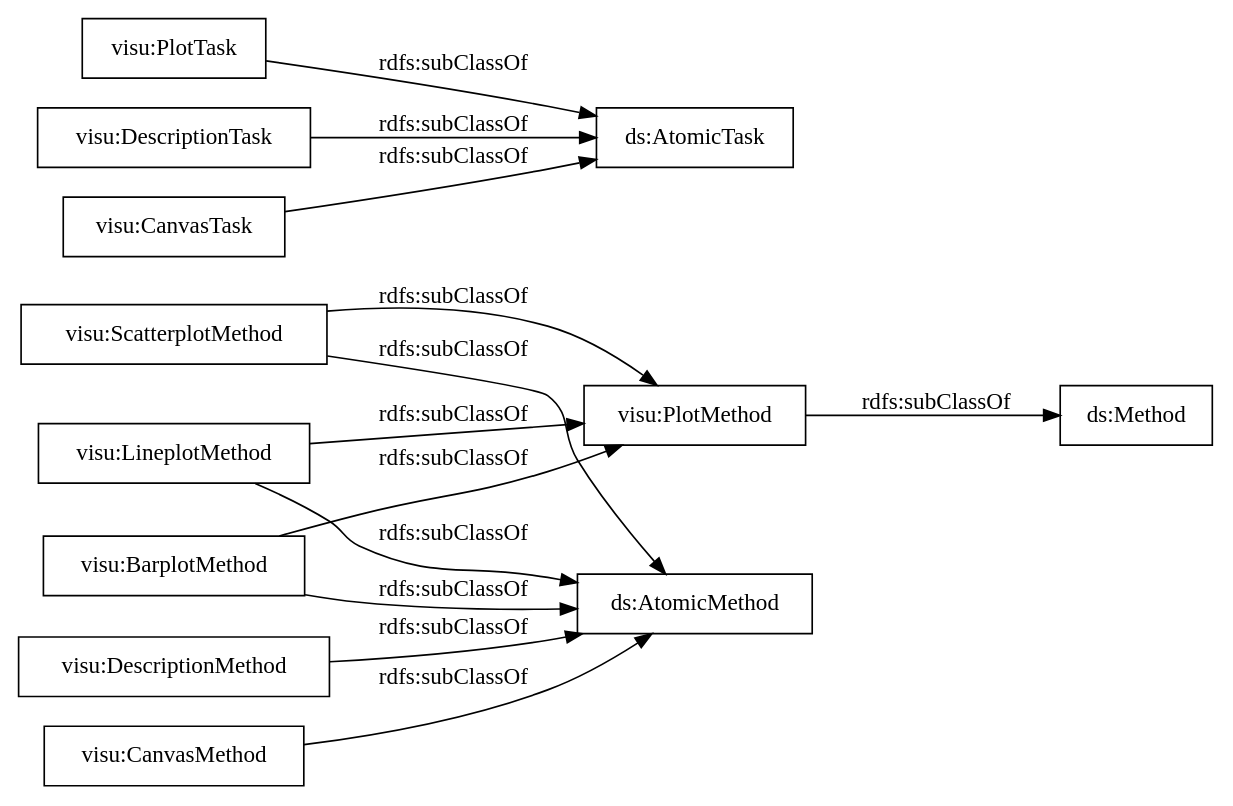
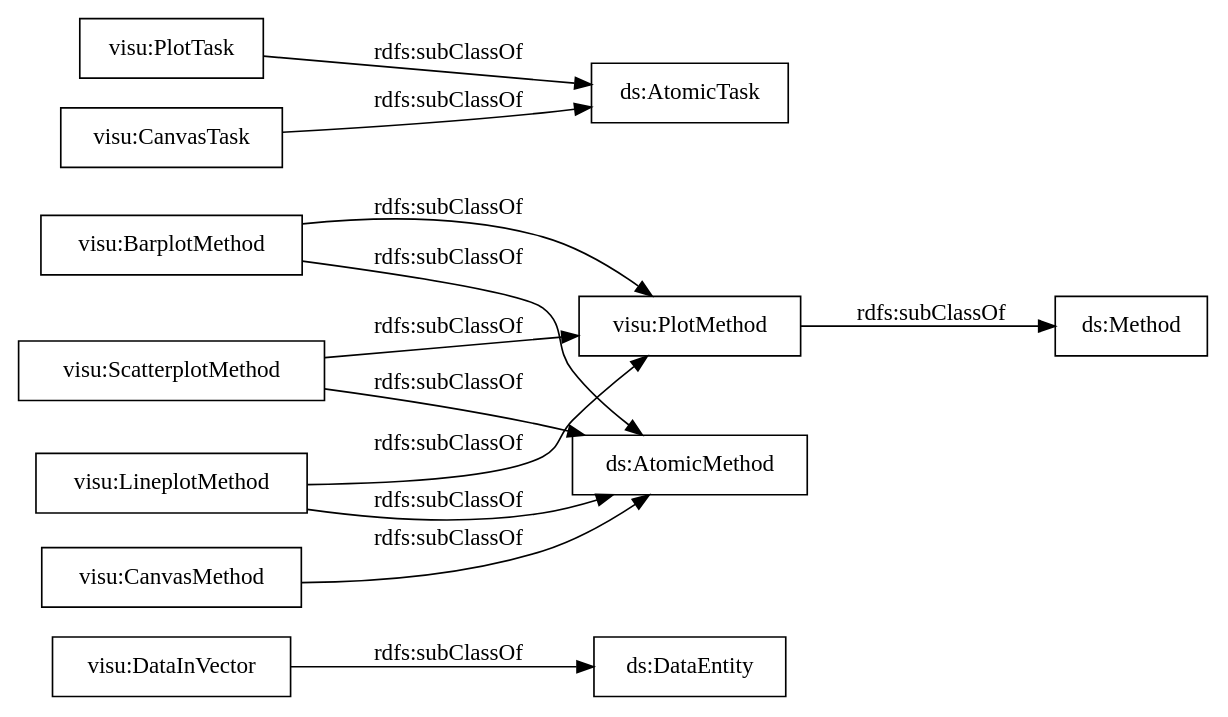
Before and after one commit to nsai-uio/ExeKGOntology: the diagram in OnToology/visu_exeKGOntology.ttl/diagrams/ar2dtool-taxonomy/visu_exeKGOntology.ttl.png.dot, drawn with Graphviz. The commit also changed 74 other files, not shown here.

```diff
--- a/OnToology/visu_exeKGOntology.ttl/diagrams/ar2dtool-taxonomy/visu_exeKGOntology.ttl.png.dot
+++ b/OnToology/visu_exeKGOntology.ttl/diagrams/ar2dtool-taxonomy/visu_exeKGOntology.ttl.png.dot
@@ -1,18 +1,17 @@
 digraph ar2dtool_diagram { 
 rankdir=LR;
 size="1000"
-node [shape = rectangle, color="black"]; "visu:ScatterplotMethod" "visu:PlotTask" "visu:PlotMethod" "visu:LineplotMethod" "visu:DescriptionTask" "visu:DescriptionMethod" "visu:CanvasTask" "visu:CanvasMethod" "visu:BarplotMethod" ; /*classes style*/
+node [shape = rectangle, color="black"]; "visu:DataInVector" "visu:BarplotMethod" "visu:ScatterplotMethod" "visu:LineplotMethod" "visu:PlotTask" "visu:PlotMethod" "visu:CanvasTask" "visu:CanvasMethod" ; /*classes style*/
+	"visu:LineplotMethod" -> "visu:PlotMethod" [ label = "rdfs:subClassOf" ];
+	"visu:LineplotMethod" -> "ds:AtomicMethod" [ label = "rdfs:subClassOf" ];
 	"visu:BarplotMethod" -> "visu:PlotMethod" [ label = "rdfs:subClassOf" ];
 	"visu:BarplotMethod" -> "ds:AtomicMethod" [ label = "rdfs:subClassOf" ];
-	"visu:LineplotMethod" -> "visu:PlotMethod" [ label = "rdfs:subClassOf" ];
-	"visu:LineplotMethod" -> "ds:AtomicMethod" [ label = "rdfs:subClassOf" ];
-	"visu:DescriptionMethod" -> "ds:AtomicMethod" [ label = "rdfs:subClassOf" ];
 	"visu:CanvasMethod" -> "ds:AtomicMethod" [ label = "rdfs:subClassOf" ];
-	"visu:CanvasTask" -> "ds:AtomicTask" [ label = "rdfs:subClassOf" ];
+	"visu:PlotMethod" -> "ds:Method" [ label = "rdfs:subClassOf" ];
+	"visu:PlotTask" -> "ds:AtomicTask" [ label = "rdfs:subClassOf" ];
 	"visu:ScatterplotMethod" -> "visu:PlotMethod" [ label = "rdfs:subClassOf" ];
 	"visu:ScatterplotMethod" -> "ds:AtomicMethod" [ label = "rdfs:subClassOf" ];
-	"visu:PlotTask" -> "ds:AtomicTask" [ label = "rdfs:subClassOf" ];
-	"visu:DescriptionTask" -> "ds:AtomicTask" [ label = "rdfs:subClassOf" ];
-	"visu:PlotMethod" -> "ds:Method" [ label = "rdfs:subClassOf" ];
+	"visu:DataInVector" -> "ds:DataEntity" [ label = "rdfs:subClassOf" ];
+	"visu:CanvasTask" -> "ds:AtomicTask" [ label = "rdfs:subClassOf" ];
 
 }
```
